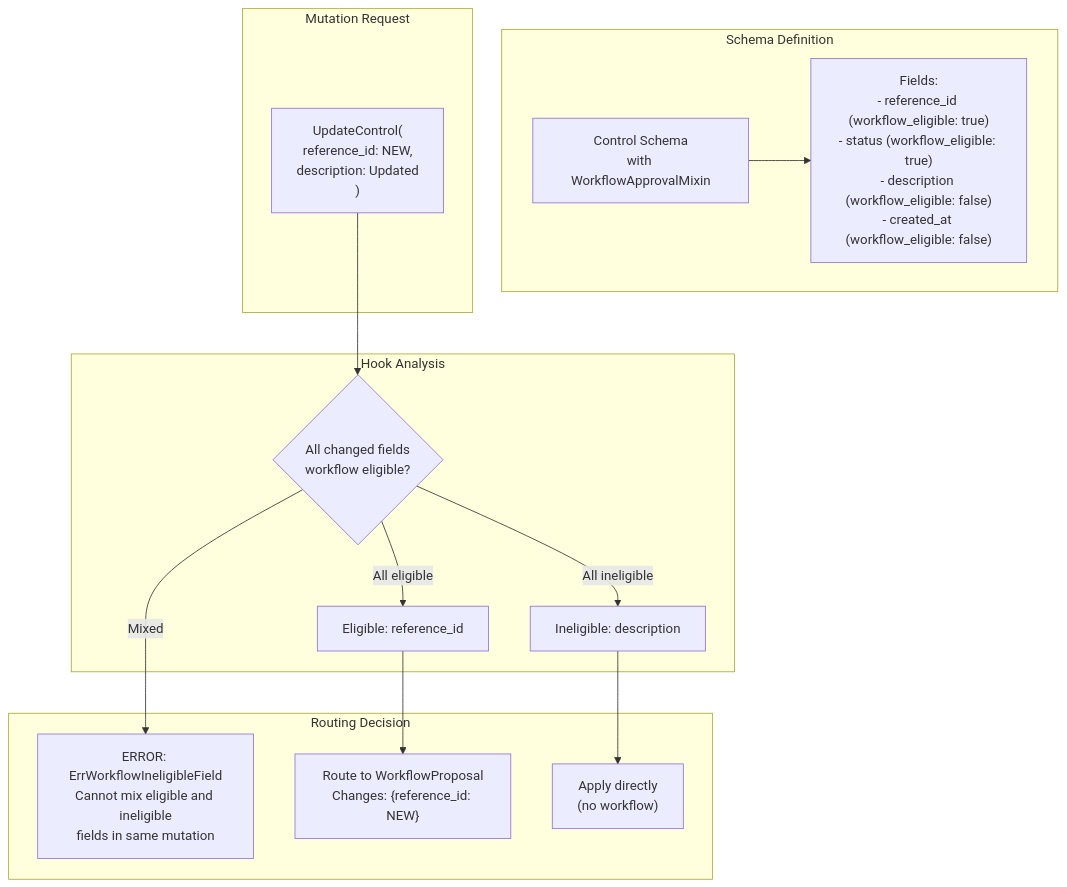
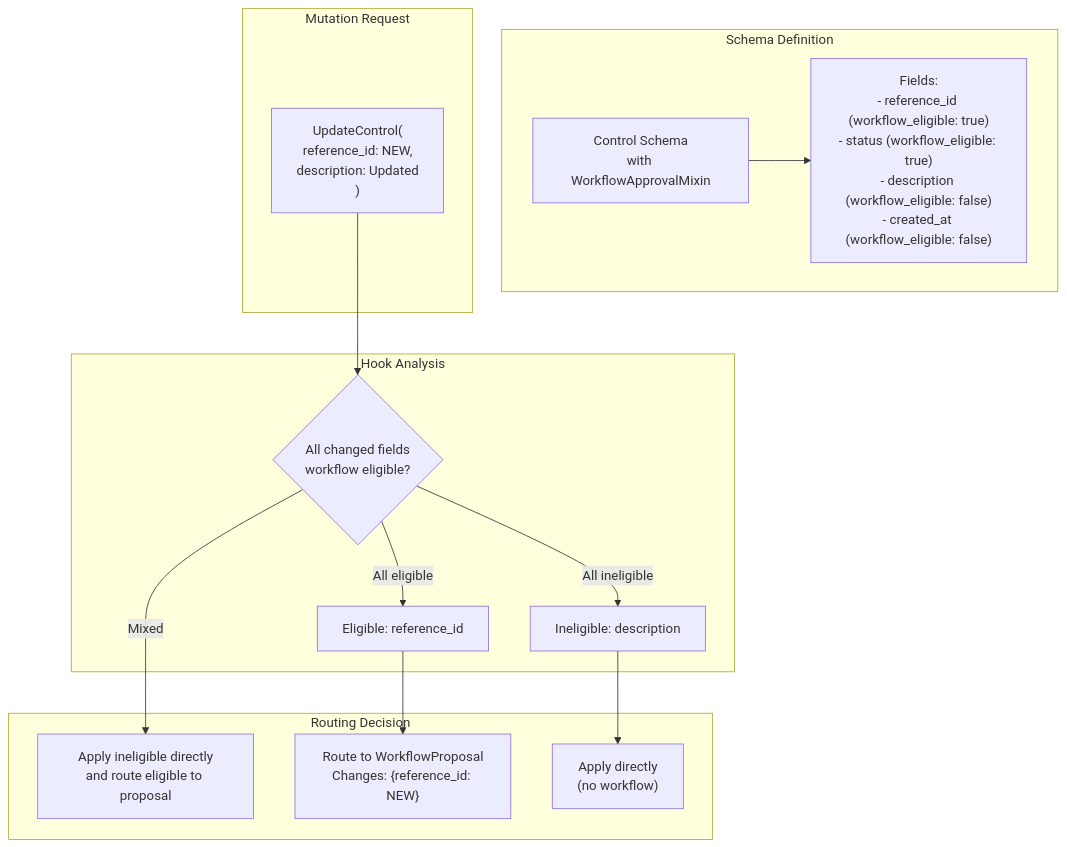
One commit to theopenlane/core changed the tenth of 10 diagrams in internal/workflows/README.md. Above: the diagram before and after it, drawn with Mermaid. The commit also changed other lines of this file and 85 other files, not shown here.

First line of the commit message:
Workflow tx bug | Eligible field handling | Request Changes flows | Post-commit Flows (#1983)

````diff
--- a/internal/workflows/README.md
+++ b/internal/workflows/README.md
@@ -636,29 +653,29 @@
 ```mermaid
 flowchart TB
     subgraph "Schema Definition"
         Schema["Control Schema<br/>with WorkflowApprovalMixin"]
         Fields["Fields:<br/>- reference_id (workflow_eligible: true)<br/>- status (workflow_eligible: true)<br/>- description (workflow_eligible: false)<br/>- created_at (workflow_eligible: false)"]
     end
 
     subgraph "Mutation Request"
         Mutation["UpdateControl(<br/>  reference_id: NEW,<br/>  description: Updated<br/>)"]
     end
 
     subgraph "Hook Analysis"
         Check1{All changed fields<br/>workflow eligible?}
         Check2[Eligible: reference_id]
         Check3[Ineligible: description]
     end
 
     subgraph "Routing Decision"
-        Route1["ERROR: ErrWorkflowIneligibleField<br/>Cannot mix eligible and ineligible<br/>fields in same mutation"]
+        Route1["Apply ineligible directly<br/>and route eligible to proposal"]
         Route2["Route to WorkflowProposal<br/>Changes: {reference_id: NEW}"]
         Route3["Apply directly<br/>(no workflow)"]
     end
 
     Schema --> Fields
     Mutation --> Check1
     Check1 -->|Mixed| Route1
     Check1 -->|All eligible| Check2 --> Route2
     Check1 -->|All ineligible| Check3 --> Route3
 ```
````
